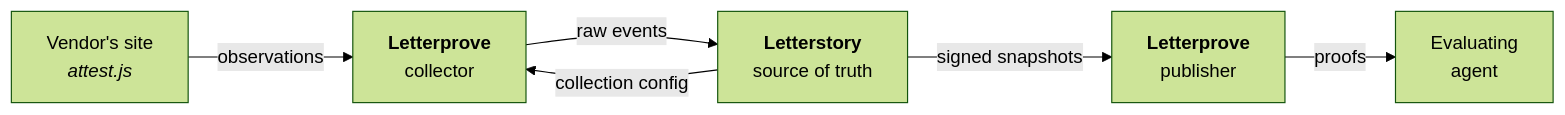
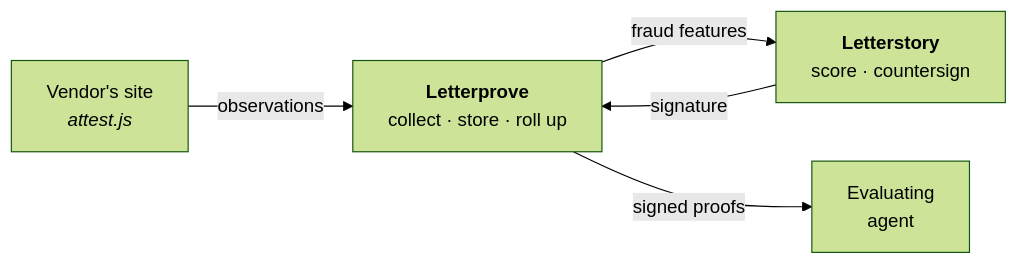
The diagram in README.md (letterstory/Letterprove), drawn with Mermaid (forest theme) before and after one commit. The commit also changed other lines of this file, not shown here.

````diff
--- a/README.md
+++ b/README.md
@@ -96,8 +102,7 @@
 ```mermaid
 flowchart LR
-    A["Vendor's site<br/><i>attest.js</i>"] -->|"observations"| B["<b>Letterprove</b><br/>collector"]
-    B -->|"raw events"| C["<b>Letterstory</b><br/>source of truth"]
-    C -->|"collection config"| B
-    C -->|"signed snapshots"| D["<b>Letterprove</b><br/>publisher"]
-    D -->|"proofs"| E["Evaluating<br/>agent"]
+    A["Vendor's site<br/><i>attest.js</i>"] -->|"observations"| B["<b>Letterprove</b><br/>collect · store · roll up"]
+    B -->|"fraud features"| C["<b>Letterstory</b><br/>score · countersign"]
+    C -->|"signature"| B
+    B -->|"signed proofs"| E["Evaluating<br/>agent"]
 ```
````
